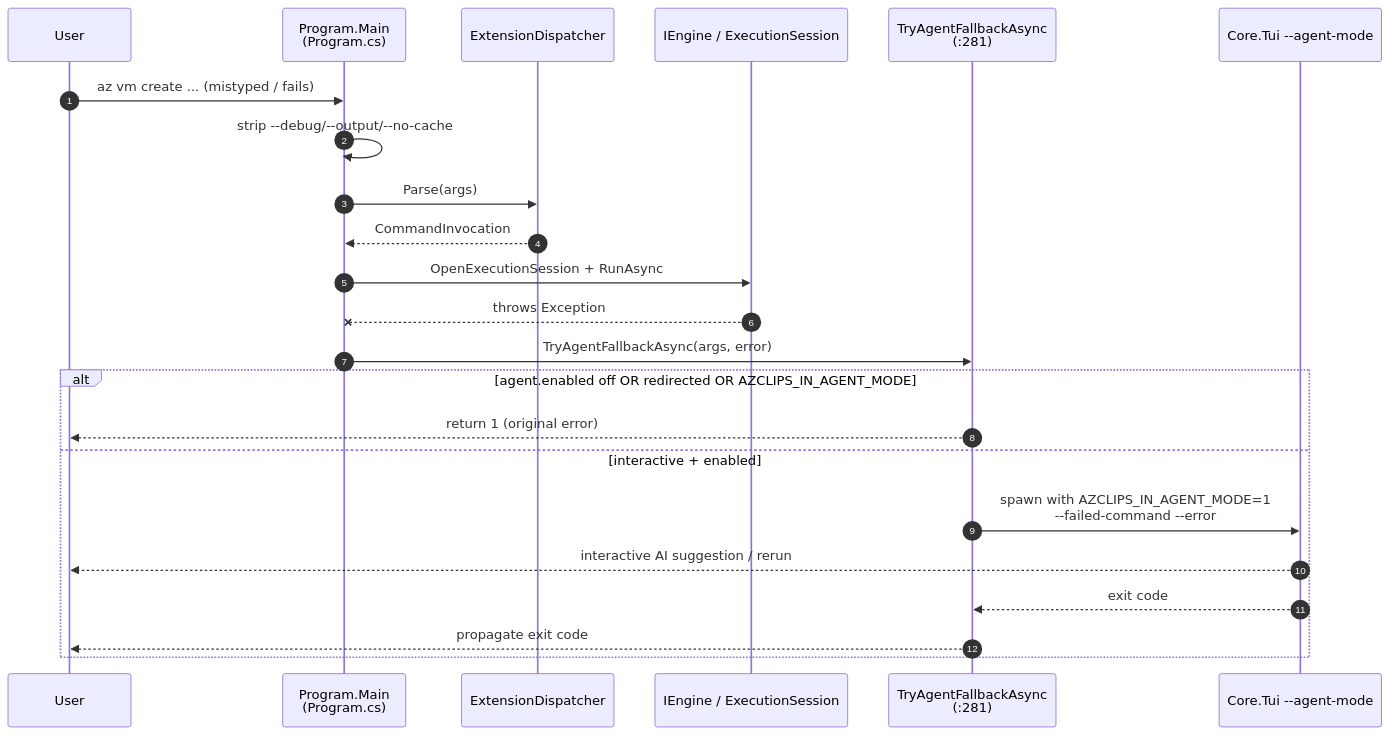
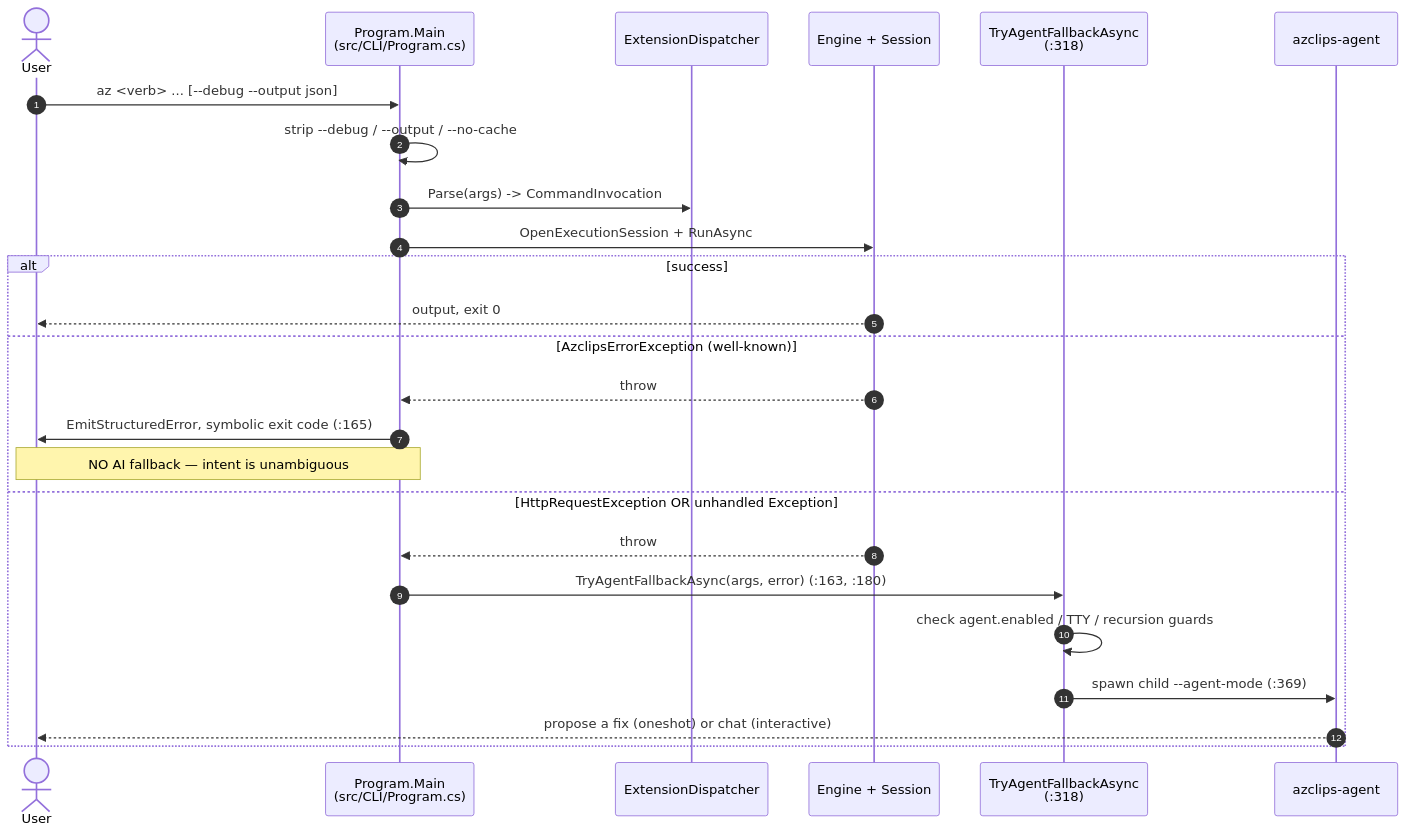
One commit to Azure/azclips changed the first of 2 diagrams in wiki/01-getting-started/cli-usage.md. Above: the diagram before and after it, drawn with Mermaid. The commit also changed other lines of this file and 34 other files, not shown here.

First line of the commit message:
docs(wiki): refresh generated architecture documentation

````diff
--- a/wiki/01-getting-started/cli-usage.md
+++ b/wiki/01-getting-started/cli-usage.md
@@ -93,26 +56,28 @@
 ```mermaid
 sequenceDiagram
     autonumber
-    participant User
-    participant Main as Program.Main<br>(Program.cs)
-    participant Disp as ExtensionDispatcher
-    participant Eng as IEngine / ExecutionSession
-    participant Fallback as TryAgentFallbackAsync<br>(:281)
-    participant TUI as Core.Tui --agent-mode
+    actor User
+    participant Main as Program.Main<br>(src/CLI/Program.cs)
+    participant Dispatch as ExtensionDispatcher
+    participant Engine as Engine + Session
+    participant Fallback as TryAgentFallbackAsync<br>(:318)
+    participant Agent as azclips-agent
 
-    User->>Main: az vm create ... (mistyped / fails)
-    Main->>Main: strip --debug/--output/--no-cache
-    Main->>Disp: Parse(args)
-    Disp-->>Main: CommandInvocation
-    Main->>Eng: OpenExecutionSession + RunAsync
-    Eng--xMain: throws Exception
-    Main->>Fallback: TryAgentFallbackAsync(args, error)
-    alt agent.enabled off OR redirected OR AZCLIPS_IN_AGENT_MODE
-        Fallback-->>User: return 1 (original error)
-    else interactive + enabled
-        Fallback->>TUI: spawn with AZCLIPS_IN_AGENT_MODE=1<br>--failed-command --error
-        TUI-->>User: interactive AI suggestion / rerun
-        TUI-->>Fallback: exit code
-        Fallback-->>User: propagate exit code
+    User->>Main: az <verb> ... [--debug --output json]
+    Main->>Main: strip --debug / --output / --no-cache
+    Main->>Dispatch: Parse(args) -> CommandInvocation
+    Main->>Engine: OpenExecutionSession + RunAsync
+    alt success
+        Engine-->>User: output, exit 0
+    else AzclipsErrorException (well-known)
+        Engine-->>Main: throw
+        Main->>User: EmitStructuredError, symbolic exit code (:165)
+        Note over Main,User: NO AI fallback — intent is unambiguous
+    else HttpRequestException OR unhandled Exception
+        Engine-->>Main: throw
+        Main->>Fallback: TryAgentFallbackAsync(args, error) (:163, :180)
+        Fallback->>Fallback: check agent.enabled / TTY / recursion guards
+        Fallback->>Agent: spawn child --agent-mode (:369)
+        Agent-->>User: propose a fix (oneshot) or chat (interactive)
     end
 ```
````
